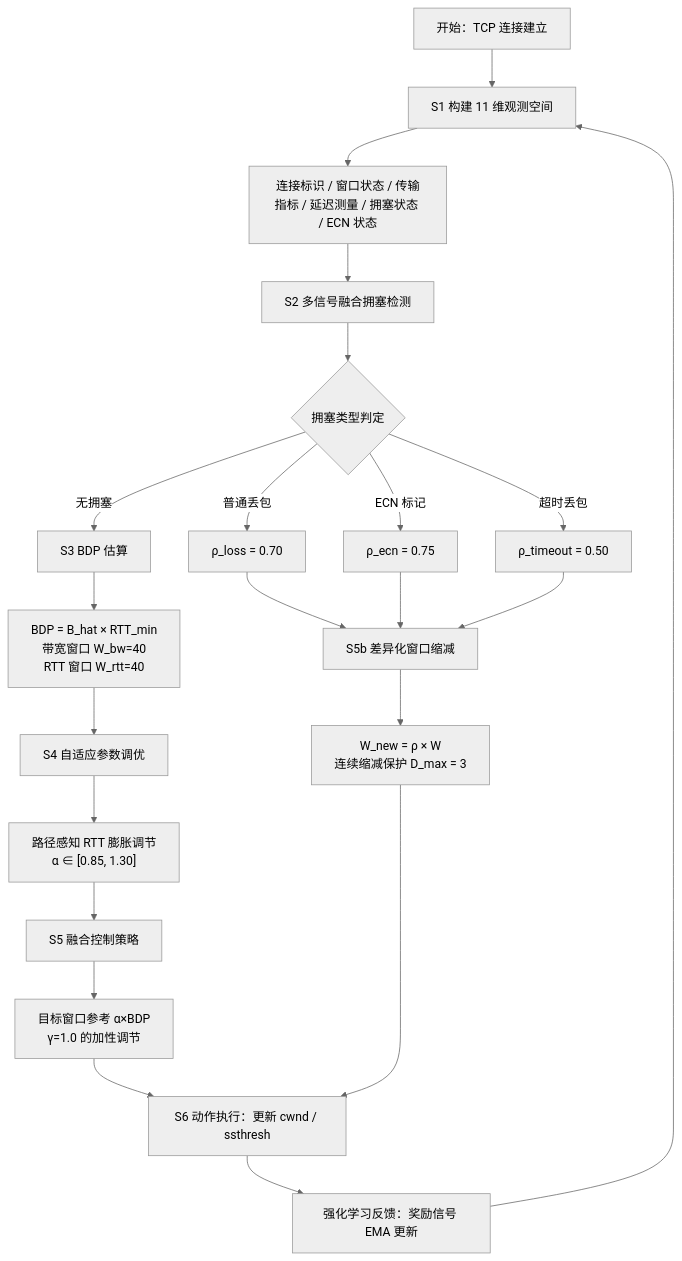
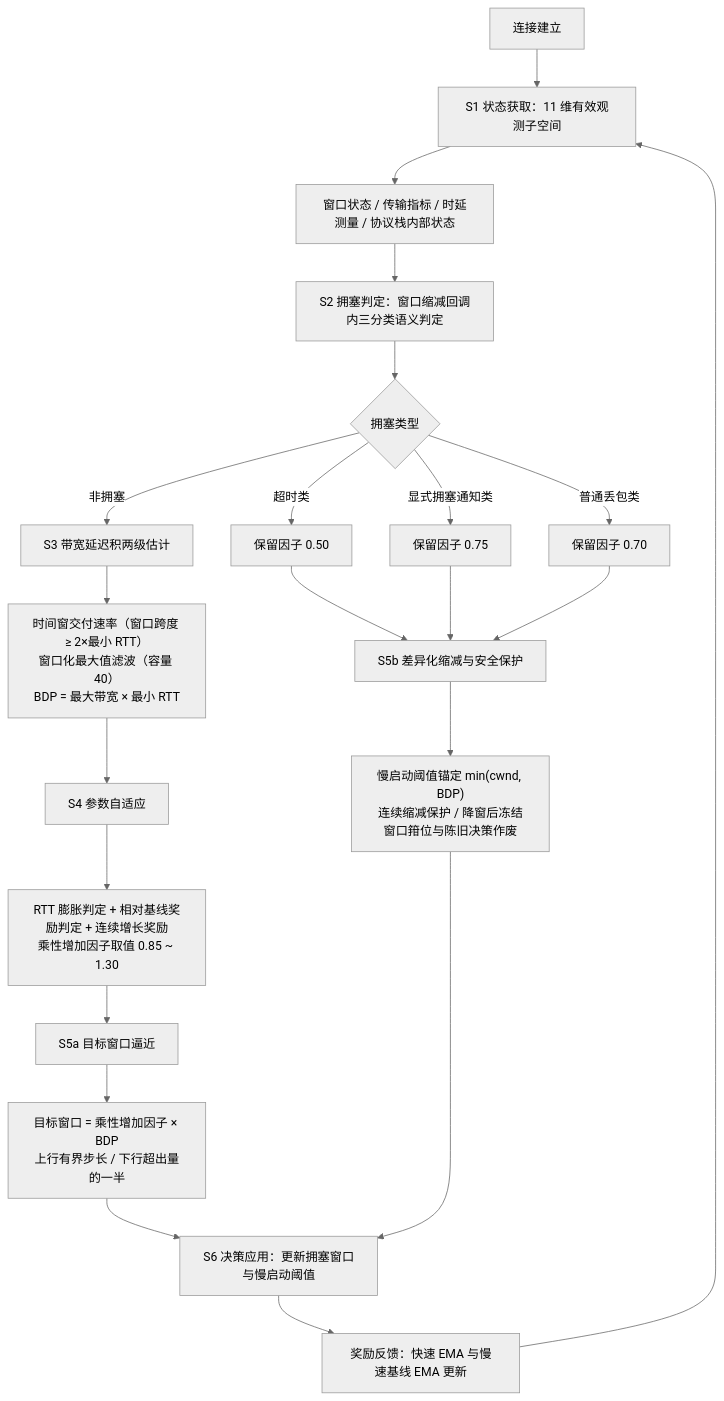
One commit to swifty-js/ns3.40 changed the diagram in docs/patent.md. Above: the diagram before and after it, drawn with Mermaid (neutral theme). The commit also changed other lines of this file and 11 other files, not shown here.

````diff
--- a/docs/patent.md
+++ b/docs/patent.md
@@ -375,24 +355,24 @@
 ```mermaid
 flowchart TD
-    A[开始：TCP 连接建立] --> B[S1 构建 11 维观测空间]
-    B --> B1[连接标识 / 窗口状态 / 传输指标 / 延迟测量 / 拥塞状态 / ECN 状态]
-    B1 --> C[S2 多信号融合拥塞检测]
-    C --> C1{拥塞类型判定}
-    C1 -->|普通丢包| D1[ρ_loss = 0.70]
-    C1 -->|ECN 标记| D2[ρ_ecn = 0.75]
-    C1 -->|超时丢包| D3[ρ_timeout = 0.50]
-    C1 -->|无拥塞| E[S3 BDP 估算]
-    E --> E1["BDP = B_hat × RTT_min<br/>带宽窗口 W_bw=40<br/>RTT 窗口 W_rtt=40"]
-    E1 --> F[S4 自适应参数调优]
-    F --> F1["路径感知 RTT 膨胀调节<br/>α ∈ [0.85, 1.30]"]
-    F1 --> G[S5 融合控制策略]
-    G --> G1["目标窗口参考 α×BDP<br/>γ=1.0 的加性调节"]
-    G1 --> H[S6 动作执行：更新 cwnd / ssthresh]
-    D1 --> I[S5b 差异化窗口缩减]
+    A[连接建立] --> B[S1 状态获取：11 维有效观测子空间]
+    B --> B1[窗口状态 / 传输指标 / 时延测量 / 协议栈内部状态]
+    B1 --> C[S2 拥塞判定：窗口缩减回调内三分类语义判定]
+    C --> C1{拥塞类型}
+    C1 -->|超时类| D1["保留因子 0.50"]
+    C1 -->|显式拥塞通知类| D2["保留因子 0.75"]
+    C1 -->|普通丢包类| D3["保留因子 0.70"]
+    C1 -->|非拥塞| E[S3 带宽延迟积两级估计]
+    E --> E1["时间窗交付速率（窗口跨度 ≥ 2×最小 RTT）<br/>窗口化最大值滤波（容量 40）<br/>BDP = 最大带宽 × 最小 RTT"]
+    E1 --> F[S4 参数自适应]
+    F --> F1["RTT 膨胀判定 + 相对基线奖励判定 + 连续增长奖励<br/>乘性增加因子取值 0.85 ~ 1.30"]
+    F1 --> G[S5a 目标窗口逼近]
+    G --> G1["目标窗口 = 乘性增加因子 × BDP<br/>上行有界步长 / 下行超出量的一半"]
+    G1 --> H[S6 决策应用：更新拥塞窗口与慢启动阈值]
+    D1 --> I[S5b 差异化缩减与安全保护]
     D2 --> I
     D3 --> I
-    I --> I1["W_new = ρ × W<br/>连续缩减保护 D_max = 3"]
+    I --> I1["慢启动阈值锚定 min(cwnd, BDP)<br/>连续缩减保护 / 降窗后冻结<br/>窗口箝位与陈旧决策作废"]
     I1 --> H
-    H --> J[强化学习反馈：奖励信号 EMA 更新]
+    H --> J[奖励反馈：快速 EMA 与慢速基线 EMA 更新]
     J --> B
 ```
````
